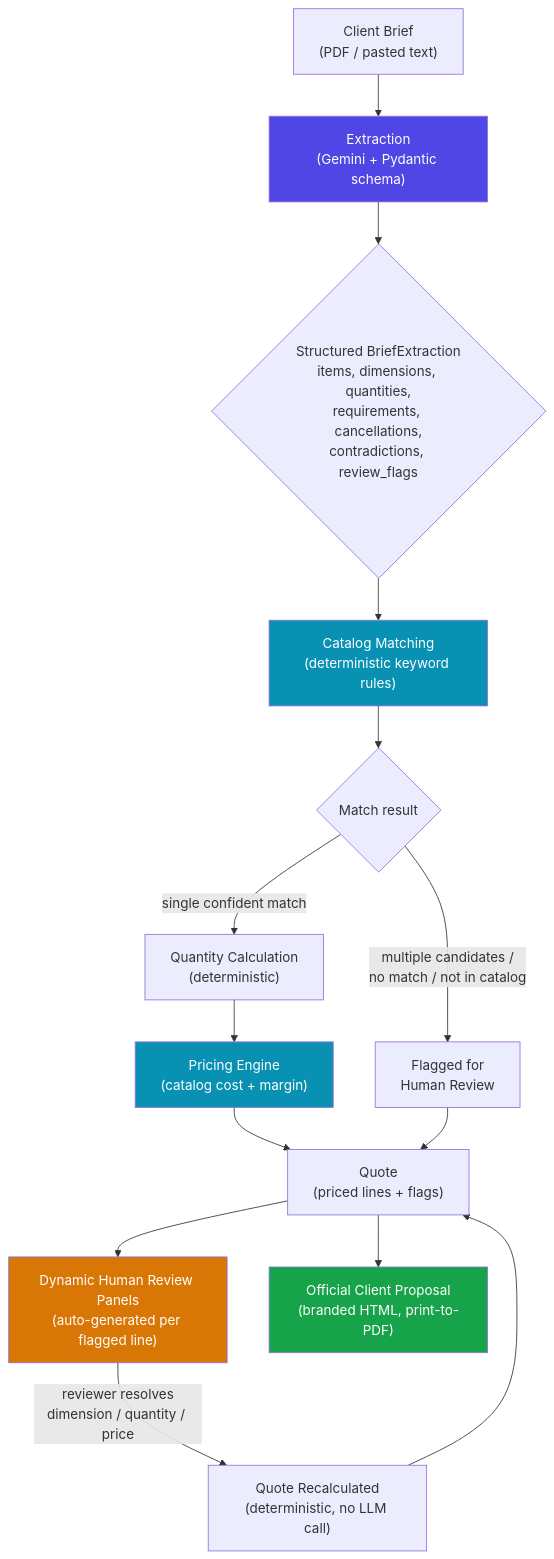
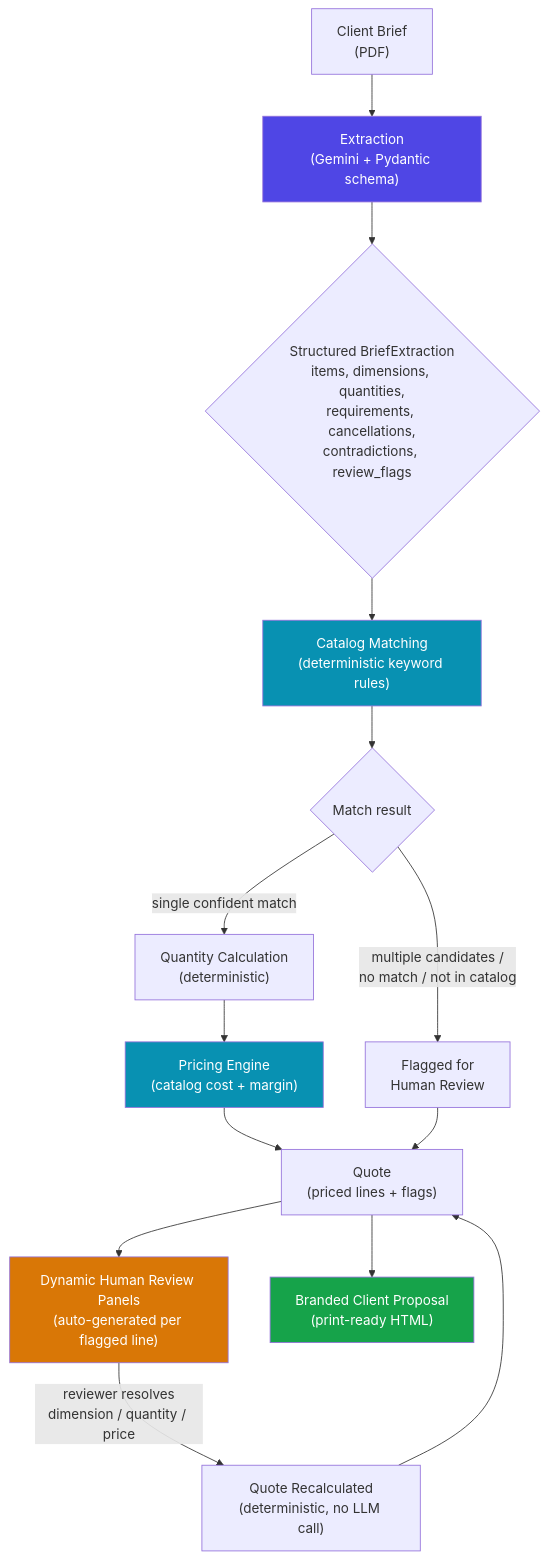
One commit to qusai9898/Ai-task changed the diagram in README.md. Above: the diagram before and after it, drawn with Mermaid. The commit also changed other lines of this file and 2 other files, not shown here.

Commit message:
Add responsive proposal CSS, Brief Highlights tab, branding, and updated README

````diff
--- a/README.md
+++ b/README.md
@@ -31,22 +52,22 @@
 ```mermaid
 flowchart TD
-    A["Client Brief<br/>(PDF / pasted text)"] --> B["Extraction<br/>(Gemini + Pydantic schema)"]
+    A["Client Brief<br/>(PDF)"] --> B["Extraction<br/>(Gemini + Pydantic schema)"]
     B --> C{"Structured BriefExtraction<br/>items, dimensions, quantities,<br/>requirements, cancellations,<br/>contradictions, review_flags"}
     C --> D["Catalog Matching<br/>(deterministic keyword rules)"]
     D --> E{"Match result"}
     E -->|"single confident match"| F["Quantity Calculation<br/>(deterministic)"]
     E -->|"multiple candidates /<br/>no match / not in catalog"| G["Flagged for<br/>Human Review"]
     F --> H["Pricing Engine<br/>(catalog cost + margin)"]
     H --> I["Quote<br/>(priced lines + flags)"]
     G --> I
     I --> J["Dynamic Human Review Panels<br/>(auto-generated per flagged line)"]
     J -->|"reviewer resolves<br/>dimension / quantity / price"| K["Quote Recalculated<br/>(deterministic, no LLM call)"]
     K --> I
-    I --> L["Official Client Proposal<br/>(branded HTML, print-to-PDF)"]
+    I --> L["Branded Client Proposal<br/>(print-ready HTML)"]
 
     style B fill:#4f46e5,color:#fff
     style D fill:#0891b2,color:#fff
     style H fill:#0891b2,color:#fff
     style J fill:#d97706,color:#fff
     style L fill:#16a34a,color:#fff
 ```
````
